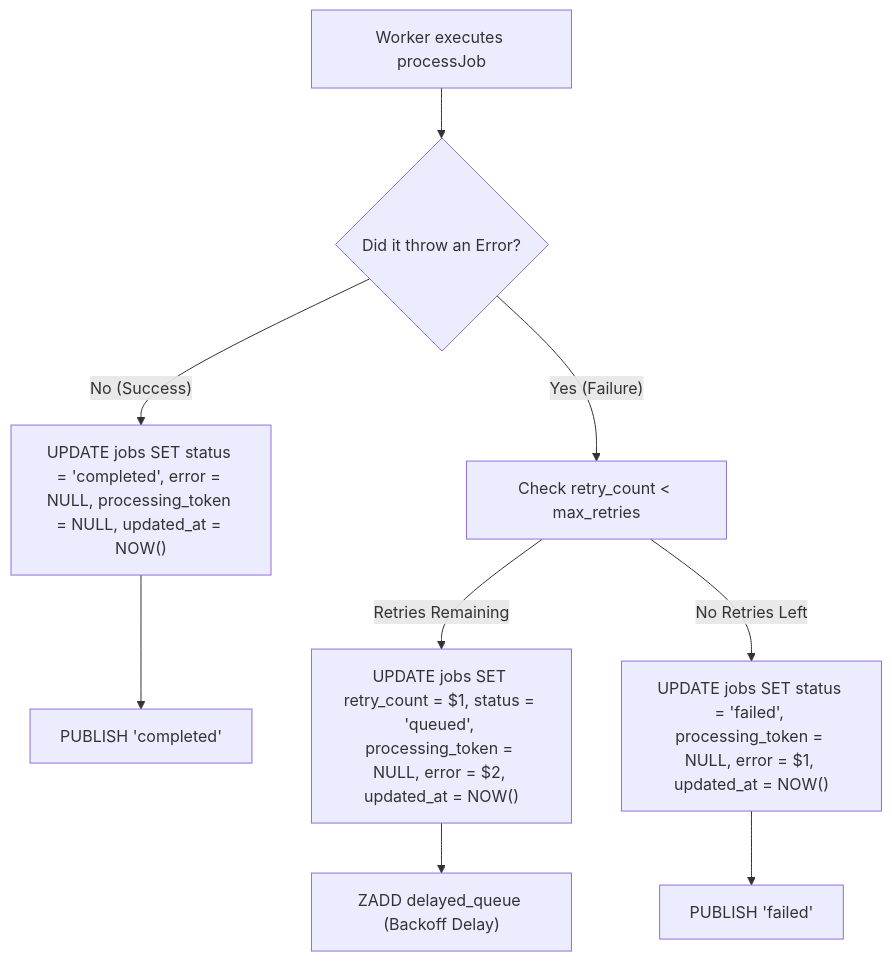
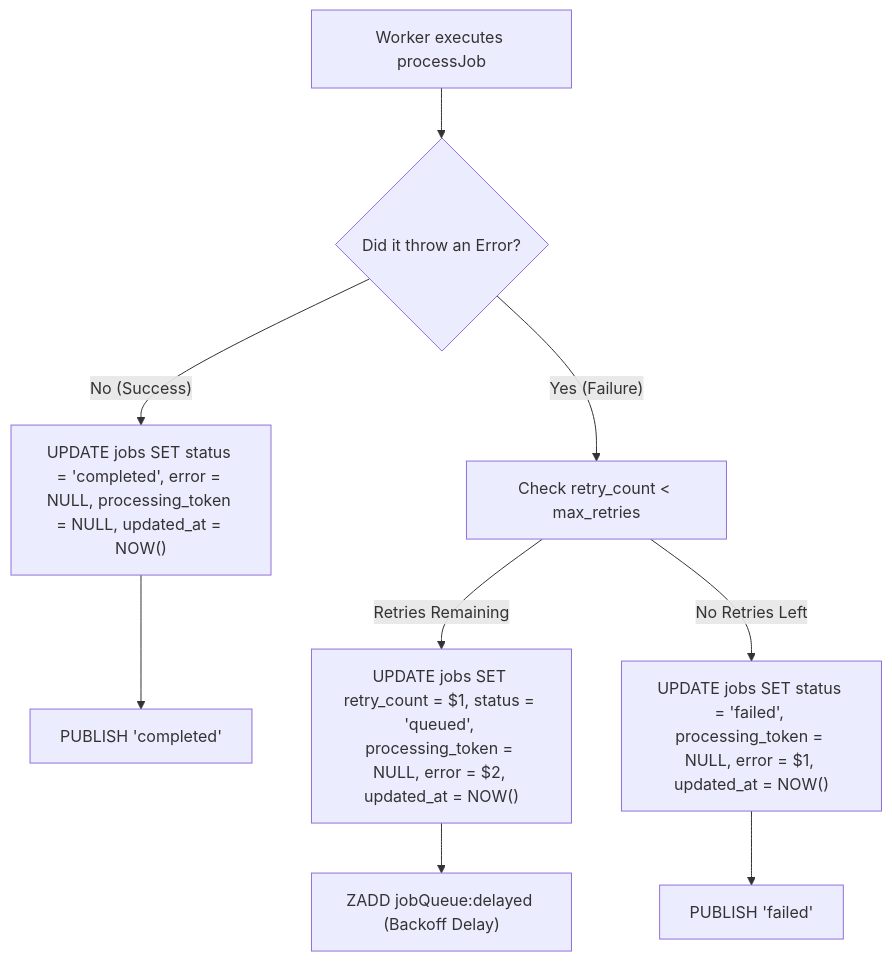
The fifth of 9 diagrams in flow/1. End-To-End-Architecture-Flow.md (Aryns293/QueueFlow-prep), drawn with Mermaid before and after one commit. The commit also changed other lines of this file and 7 other files, not shown here.

````diff
--- a/flow/1. End-To-End-Architecture-Flow.md
+++ b/flow/1. End-To-End-Architecture-Flow.md
@@ -233,15 +233,15 @@
 ```mermaid
 graph TD
     A["Worker executes processJob"] --> B{"Did it throw an Error?"}
     
     B -- "No (Success)" --> C["UPDATE jobs SET status = 'completed', error = NULL, processing_token = NULL, updated_at = NOW()"]
     C --> D["PUBLISH 'completed'"]
     
     B -- "Yes (Failure)" --> E["Check retry_count < max_retries"]
     
     E -- "Retries Remaining" --> F["UPDATE jobs SET retry_count = $1, status = 'queued', processing_token = NULL, error = $2, updated_at = NOW()"]
-    F --> G["ZADD delayed_queue (Backoff Delay)"]
+    F --> G["ZADD jobQueue:delayed (Backoff Delay)"]
     
     E -- "No Retries Left" --> H["UPDATE jobs SET status = 'failed', processing_token = NULL, error = $1, updated_at = NOW()"]
     H --> I["PUBLISH 'failed'"]
 ```
````
